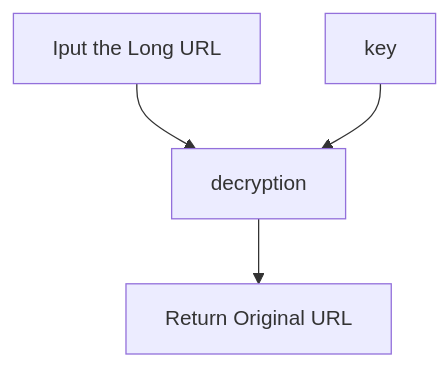
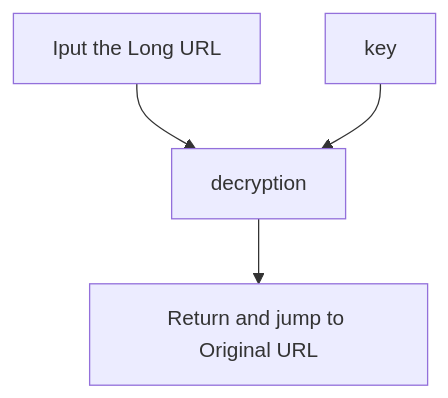
Before and after one commit to jhihyulin/LongURL: the second of 2 diagrams in README.md, drawn with Mermaid. The commit also changed other lines of this file, not shown here.

````diff
--- a/README.md
+++ b/README.md
@@ -27,9 +27,9 @@
 ```mermaid
 graph TD
     A[Iput the Long URL]
     B[key]
     C[decryption]
-    D[Return Original URL]
+    D[Return and jump to Original URL]
     A --> C --> D
     B --> C
 ```
````
